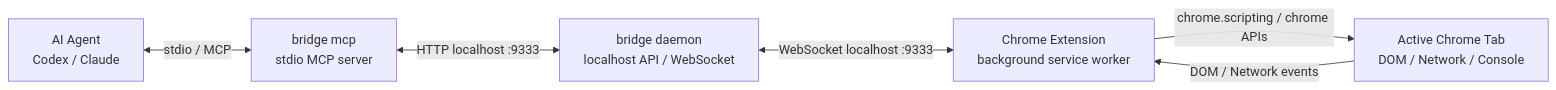
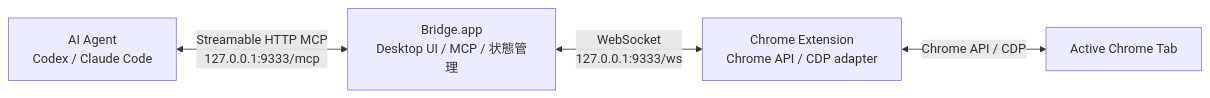
One commit to webshoten/chrome-extensions-dom-mcp changed the diagram in design/03-architecture.md. Above: the diagram before and after it, drawn with Mermaid. The commit also changed other lines of this file and 40 other files, not shown here.

````diff
--- a/design/03-architecture.md
+++ b/design/03-architecture.md
@@ -13,14 +10,11 @@
 ```mermaid
 flowchart LR
-  AI[AI Agent<br/>Codex / Claude]
-  MCP[bridge mcp<br/>stdio MCP server]
-  DAEMON[bridge daemon<br/>localhost API / WebSocket]
-  EXT[Chrome Extension<br/>background service worker]
-  PAGE[Active Chrome Tab<br/>DOM / Network / Console]
+  AI[AI Agent<br/>Codex / Claude Code]
+  APP[Bridge.app<br/>Desktop UI / MCP / 状態管理]
+  EXT[Chrome Extension<br/>Chrome API / CDP adapter]
+  PAGE[Active Chrome Tab]
 
-  AI <-->|stdio / MCP| MCP
-  MCP <-->|HTTP localhost :9333| DAEMON
-  DAEMON <-->|WebSocket localhost :9333| EXT
-  EXT -->|chrome.scripting / chrome APIs| PAGE
-  PAGE -->|DOM / Network events| EXT
+  AI <-->|Streamable HTTP MCP<br/>127.0.0.1:9333/mcp| APP
+  APP <-->|WebSocket<br/>127.0.0.1:9333/ws| EXT
+  EXT <-->|Chrome API / CDP| PAGE
 ```
````
